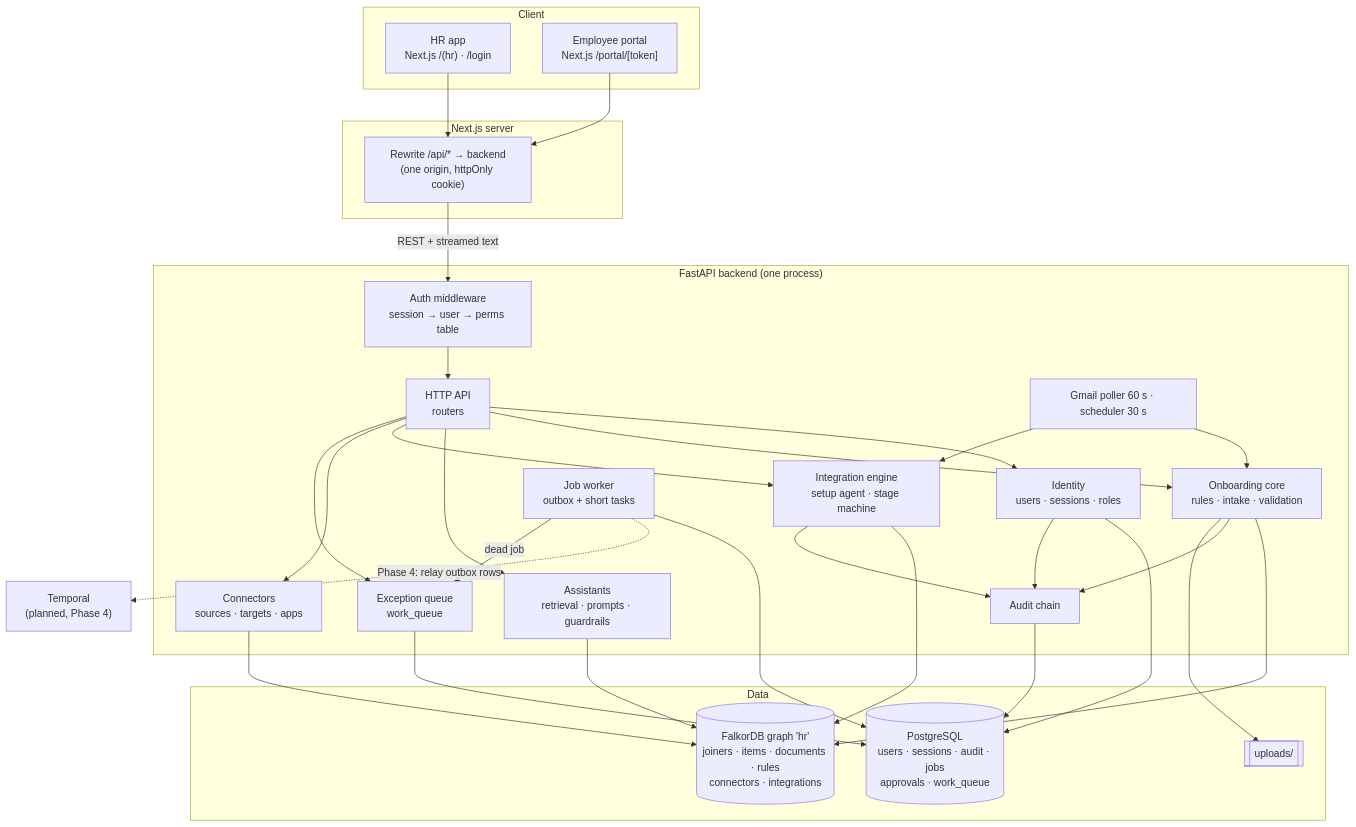
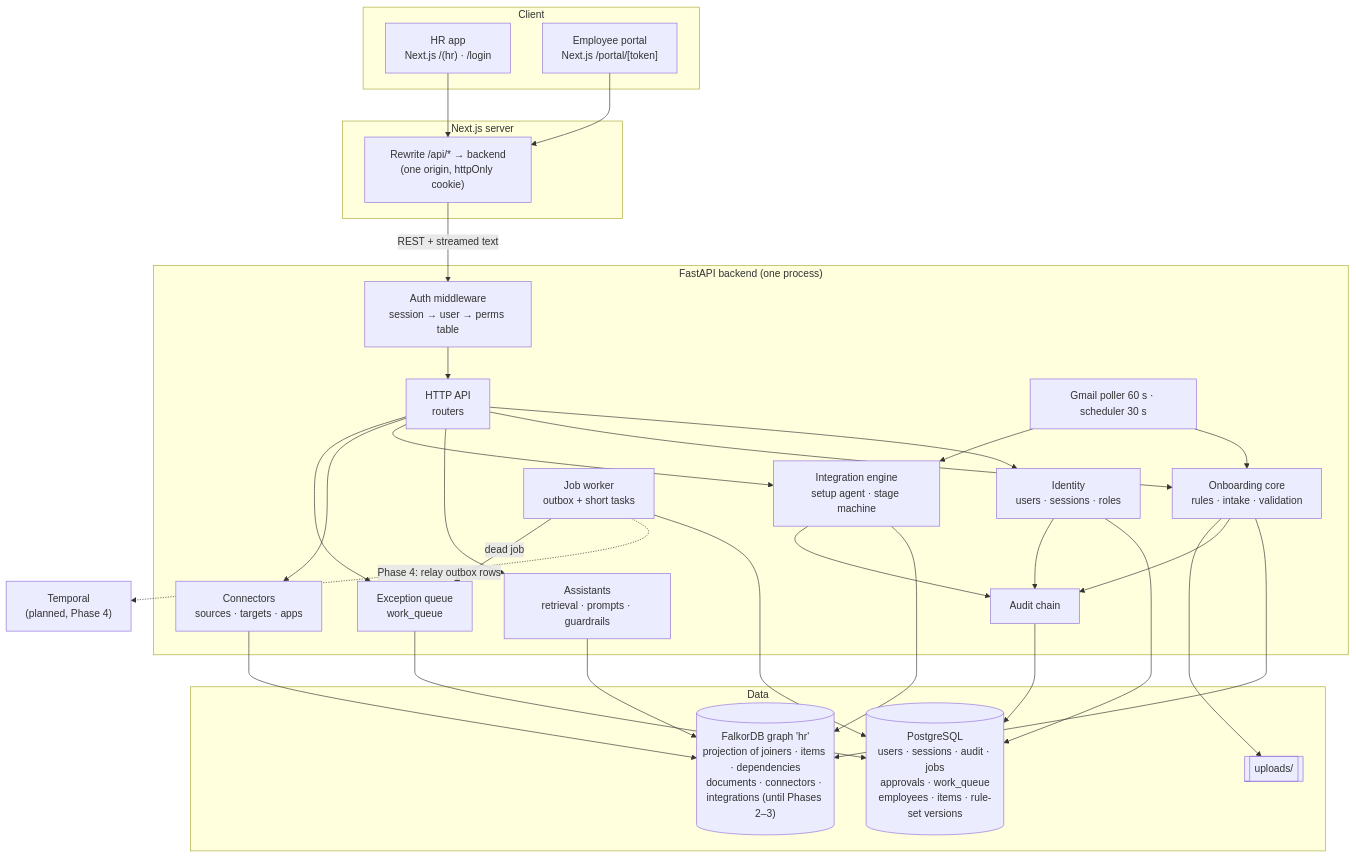
One commit to Prateek1771/azentio-hr changed the second of 2 diagrams in docs/hld.md. Above: the diagram before and after it, drawn with Mermaid. The commit also changed other lines of this file and 7 other files, not shown here.

````diff
--- a/docs/hld.md
+++ b/docs/hld.md
@@ -68,40 +68,40 @@
 ```mermaid
 flowchart TB
     subgraph Client
         HRUI["HR app<br/>Next.js /(hr) · /login"]
         PORTAL["Employee portal<br/>Next.js /portal/[token]"]
     end
     subgraph Next["Next.js server"]
         RW["Rewrite /api/* → backend<br/>(one origin, httpOnly cookie)"]
     end
     subgraph Backend["FastAPI backend (one process)"]
         AUTH["Auth middleware<br/>session → user → perms table"]
         API["HTTP API<br/>routers"]
         IDN["Identity<br/>users · sessions · roles"]
         ONB["Onboarding core<br/>rules · intake · validation"]
         AST["Assistants<br/>retrieval · prompts · guardrails"]
         INT["Integration engine<br/>setup agent · stage machine"]
         CON["Connectors<br/>sources · targets · apps"]
         AUD["Audit chain"]
         JOBS["Job worker<br/>outbox + short tasks"]
         BG["Gmail poller 60 s · scheduler 30 s"]
         WQ["Exception queue<br/>work_queue"]
     end
     subgraph Data
-        PG[("PostgreSQL<br/>users · sessions · audit · jobs<br/>approvals · work_queue")]
-        G[("FalkorDB graph 'hr'<br/>joiners · items · documents · rules<br/>connectors · integrations")]
+        PG[("PostgreSQL<br/>users · sessions · audit · jobs<br/>approvals · work_queue<br/>employees · items · rule-set versions")]
+        G[("FalkorDB graph 'hr'<br/>projection of joiners · items · dependencies<br/>documents · connectors · integrations (until Phases 2–3)")]
         F[["uploads/"]]
     end
     TP["Temporal<br/>(planned, Phase 4)"]
     HRUI --> RW
     PORTAL --> RW
     RW -->|"REST + streamed text"| AUTH --> API
     API --> IDN & ONB & AST & INT & CON & WQ
     BG --> ONB & INT
     IDN & AUD & JOBS & WQ --> PG
     ONB & AST & INT & CON --> G
     ONB & INT & IDN --> AUD
     JOBS -.->|"Phase 4: relay outbox rows"| TP
     JOBS -->|"dead job"| WQ
     ONB --> F
 ```
````
